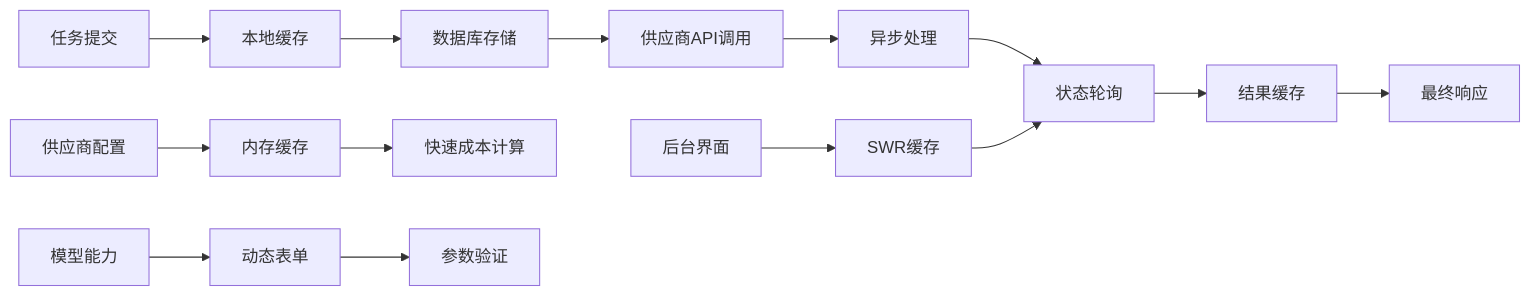
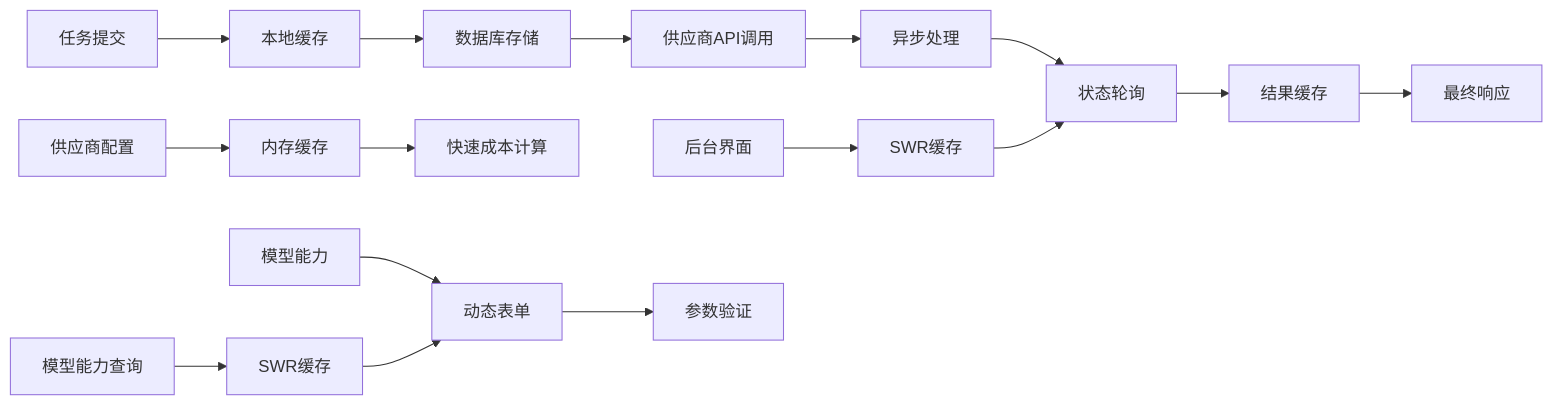
Diagram 12 of 12 in .qoder/repowiki/zh/content/API接口文档/视频生成API文档.md (KunLabAI/KunFlix), drawn with Mermaid before and after one commit. The commit also changed other lines of this file and 11 other files, not shown here.

````diff
--- a/.qoder/repowiki/zh/content/API接口文档/视频生成API文档.md
+++ b/.qoder/repowiki/zh/content/API接口文档/视频生成API文档.md
@@ -768,16 +797,18 @@
 ```mermaid
 flowchart LR
 A[任务提交] --> B[本地缓存]
 B --> C[数据库存储]
 C --> D[供应商API调用]
 D --> E[异步处理]
 E --> F[状态轮询]
 F --> G[结果缓存]
 G --> H[最终响应]
 I[后台界面] --> J[SWR缓存]
 J --> F
 K[供应商配置] --> L[内存缓存]
 L --> M[快速成本计算]
 N[模型能力] --> O[动态表单]
 O --> P[参数验证]
+Q[模型能力查询] --> R[SWR缓存]
+R --> O
 ```
````
